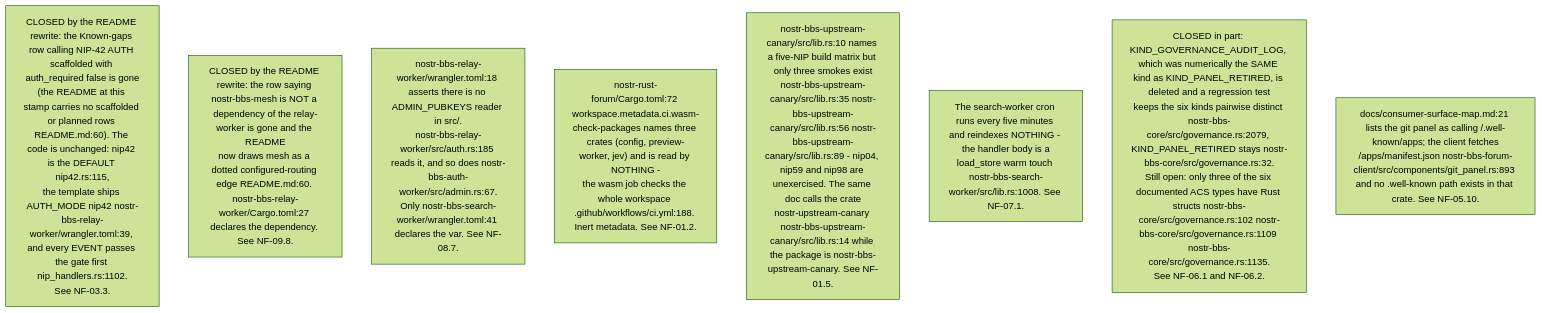
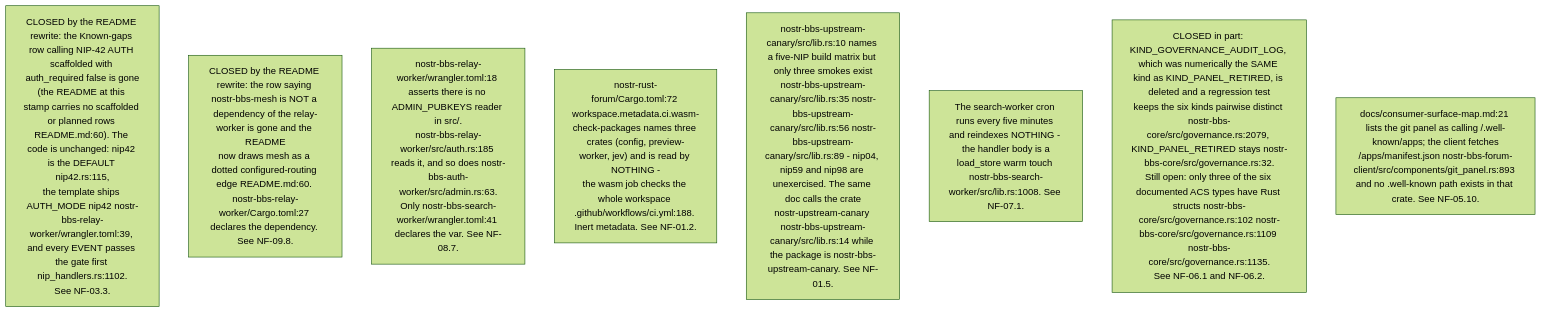
Before and after one commit to DreamLab-AI/VisionFlow: the fifth of 10 diagrams in docs/diagrams/nostr-rust-forum/10-invariants-and-anomaly-register.md, drawn with Mermaid (forest theme). The commit also changed other lines of this file and 59 other files, not shown here.

First line of the commit message:
docs(diagrams): re-derive and re-stamp forum, website, pod, ontomark and sealmap topics

````diff
--- a/docs/diagrams/nostr-rust-forum/10-invariants-and-anomaly-register.md
+++ b/docs/diagrams/nostr-rust-forum/10-invariants-and-anomaly-register.md
@@ -142,11 +142,11 @@
 ```mermaid
 flowchart TB
     DD1["CLOSED by the README rewrite: the Known-gaps row calling NIP-42 AUTH scaffolded with auth_required false is gone<br/>(the README at this stamp carries no scaffolded or planned rows README.md:60). The code is unchanged: nip42 is the DEFAULT nip42.rs:115,<br/>the template ships AUTH_MODE nip42 nostr-bbs-relay-worker/wrangler.toml:39, and every EVENT passes the gate first nip_handlers.rs:1102.<br/>See NF-03.3."]
     DD2["CLOSED by the README rewrite: the row saying nostr-bbs-mesh is NOT a dependency of the relay-worker is gone and the README<br/>now draws mesh as a dotted configured-routing edge README.md:60. nostr-bbs-relay-worker/Cargo.toml:27 declares the dependency. See NF-09.8."]
-    DD3["nostr-bbs-relay-worker/wrangler.toml:18 asserts there is no ADMIN_PUBKEYS reader in src/.<br/>nostr-bbs-relay-worker/src/auth.rs:185 reads it, and so does nostr-bbs-auth-worker/src/admin.rs:67.<br/>Only nostr-bbs-search-worker/wrangler.toml:41 declares the var. See NF-08.7."]
+    DD3["nostr-bbs-relay-worker/wrangler.toml:18 asserts there is no ADMIN_PUBKEYS reader in src/.<br/>nostr-bbs-relay-worker/src/auth.rs:185 reads it, and so does nostr-bbs-auth-worker/src/admin.rs:63.<br/>Only nostr-bbs-search-worker/wrangler.toml:41 declares the var. See NF-08.7."]
     DD4["nostr-rust-forum/Cargo.toml:72 workspace.metadata.ci.wasm-check-packages names three crates (config, preview-worker, jev) and is read by NOTHING -<br/>the wasm job checks the whole workspace .github/workflows/ci.yml:188. Inert metadata. See NF-01.2."]
     DD5["nostr-bbs-upstream-canary/src/lib.rs:10 names a five-NIP build matrix but only three smokes exist<br/>nostr-bbs-upstream-canary/src/lib.rs:35 nostr-bbs-upstream-canary/src/lib.rs:56 nostr-bbs-upstream-canary/src/lib.rs:89 - nip04, nip59 and nip98 are unexercised. The same doc calls the crate<br/>nostr-upstream-canary nostr-bbs-upstream-canary/src/lib.rs:14 while the package is nostr-bbs-upstream-canary. See NF-01.5."]
     DD6["The search-worker cron runs every five minutes and reindexes NOTHING - the handler body is a<br/>load_store warm touch nostr-bbs-search-worker/src/lib.rs:1008. See NF-07.1."]
     DD7["CLOSED in part: KIND_GOVERNANCE_AUDIT_LOG, which was numerically the SAME kind as KIND_PANEL_RETIRED, is deleted and a regression test<br/>keeps the six kinds pairwise distinct nostr-bbs-core/src/governance.rs:2079, KIND_PANEL_RETIRED stays nostr-bbs-core/src/governance.rs:32.<br/>Still open: only three of the six documented ACS types have Rust structs nostr-bbs-core/src/governance.rs:102 nostr-bbs-core/src/governance.rs:1109 nostr-bbs-core/src/governance.rs:1135.<br/>See NF-06.1 and NF-06.2."]
     DD8["docs/consumer-surface-map.md:21 lists the git panel as calling /.well-known/apps; the client fetches<br/>/apps/manifest.json nostr-bbs-forum-client/src/components/git_panel.rs:893 and no .well-known path exists in that crate. See NF-05.10."]
 ```
````
